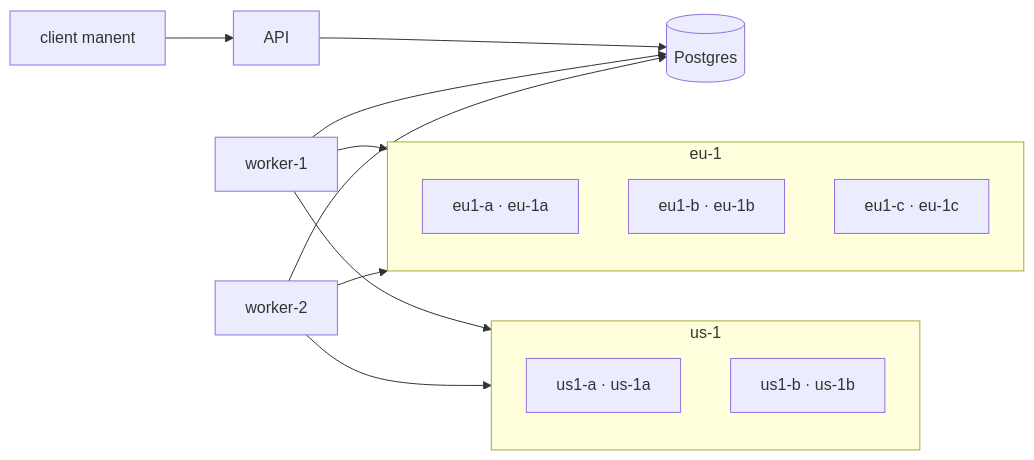
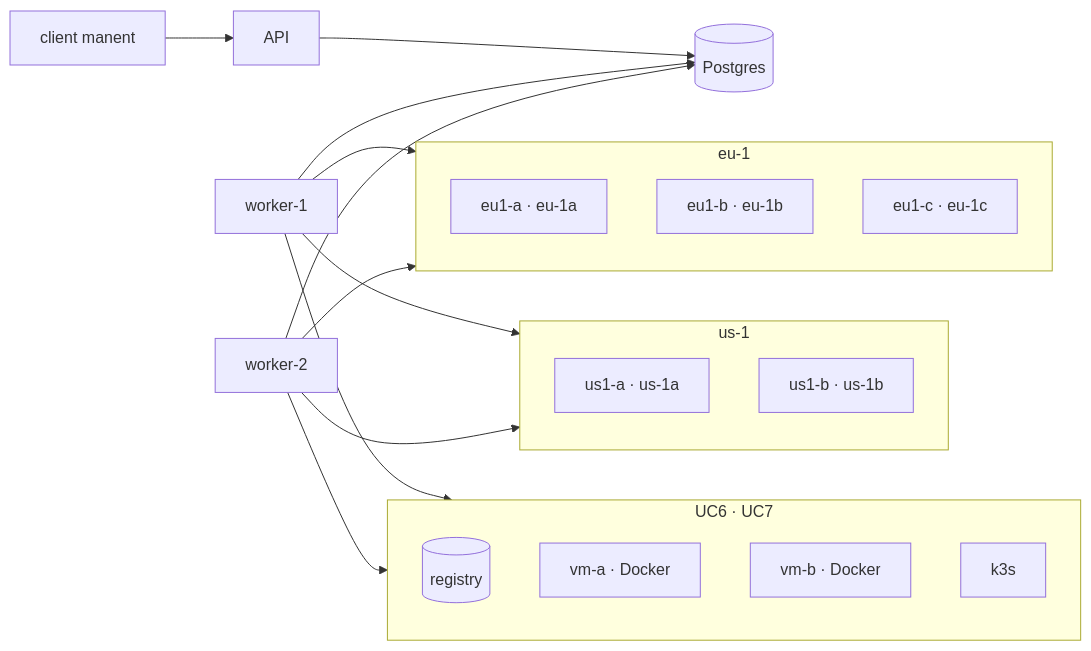
The diagram in docs/content/casi-uso.it.md (manent-deployer/manent), drawn with Mermaid before and after one commit. The commit also changed other lines of this file and 47 other files, not shown here.

````diff
--- a/docs/content/casi-uso.it.md
+++ b/docs/content/casi-uso.it.md
@@ -15,20 +15,28 @@
 ```mermaid
 flowchart LR
     C[client manent] --> A[API]
     A --> P[(Postgres)]
     W1[worker-1] --> P
     W2[worker-2] --> P
     subgraph eu-1
       EA[eu1-a · eu-1a]
       EB[eu1-b · eu-1b]
       EC[eu1-c · eu-1c]
     end
     subgraph us-1
       UA[us1-a · us-1a]
       UB[us1-b · us-1b]
     end
     W1 --> eu-1
     W1 --> us-1
     W2 --> eu-1
     W2 --> us-1
+    subgraph uc67[UC6 · UC7]
+      R[(registry)]
+      VA[vm-a · Docker]
+      VB[vm-b · Docker]
+      K[k3s]
+    end
+    W1 --> uc67
+    W2 --> uc67
 ```
````
